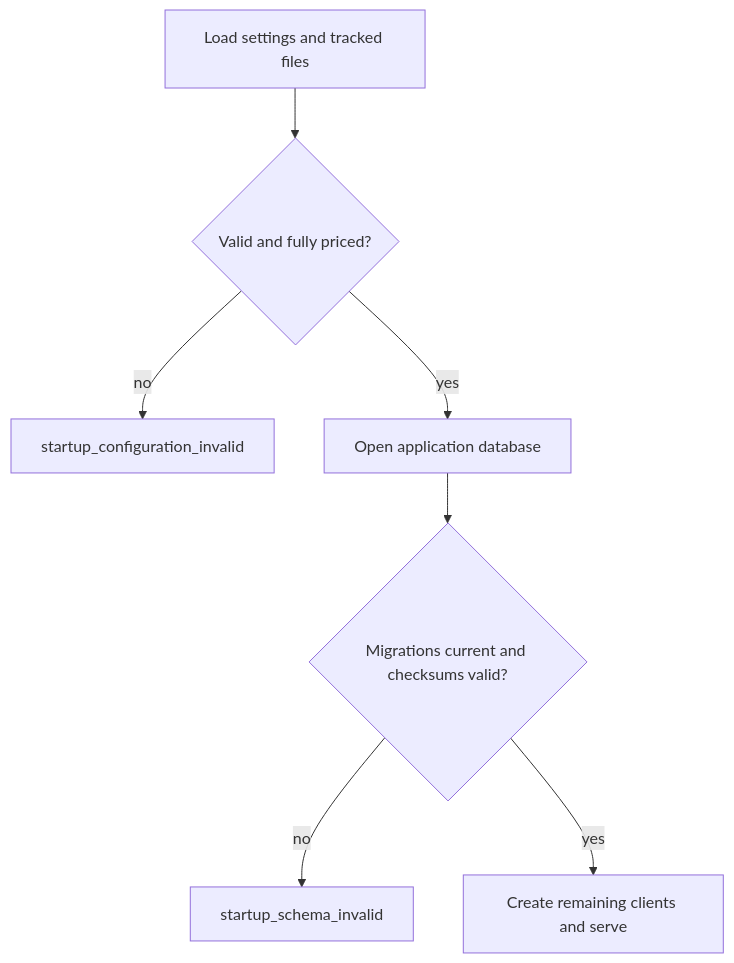
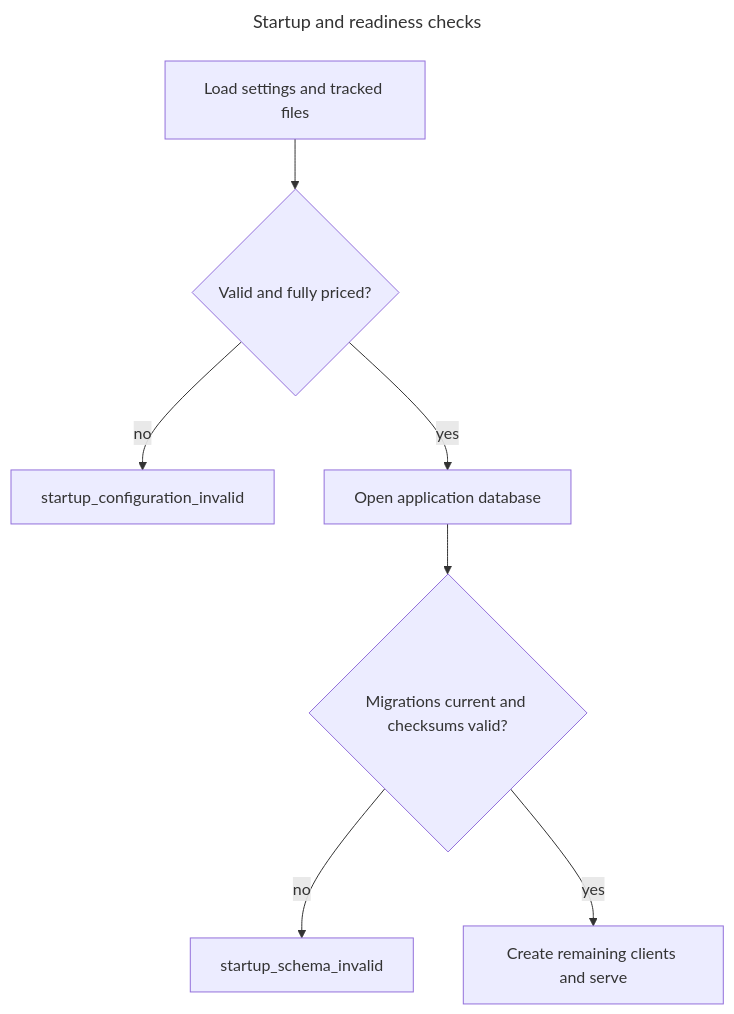
Before and after one commit to hongchit/sec-filing-rag-poc: the diagram in docs/operations.md, drawn with Mermaid. The commit also changed other lines of this file and 43 other files, not shown here.

````diff
--- a/docs/operations.md
+++ b/docs/operations.md
@@ -10,9 +10,12 @@
 ```mermaid
+---
+title: Startup and readiness checks
+---
 flowchart TD
   F[Load settings and tracked files] --> C{Valid and fully priced?}
   C -- no --> X[startup_configuration_invalid]
   C -- yes --> D[Open application database]
   D --> M{Migrations current and checksums valid?}
   M -- no --> Y[startup_schema_invalid]
   M -- yes --> R[Create remaining clients and serve]
 ```
````
